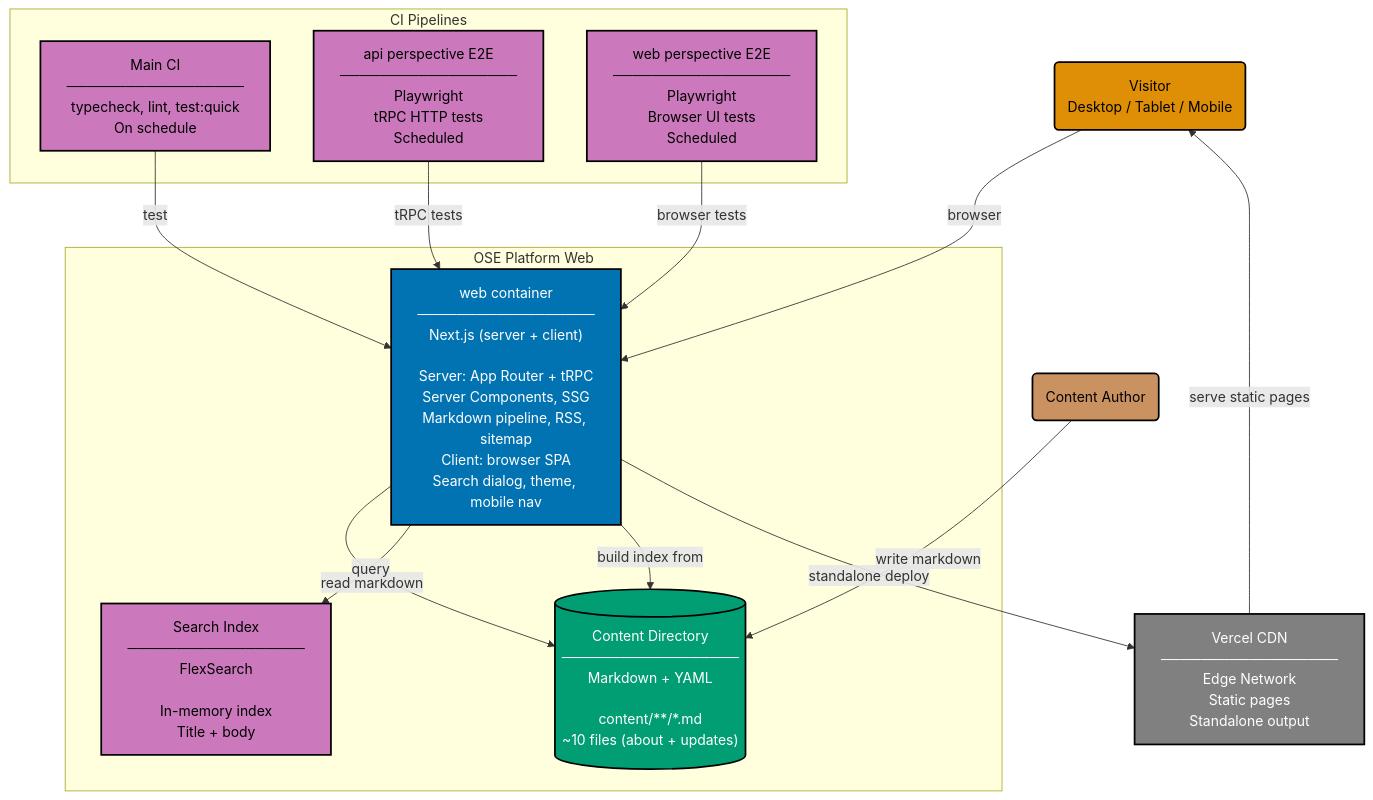
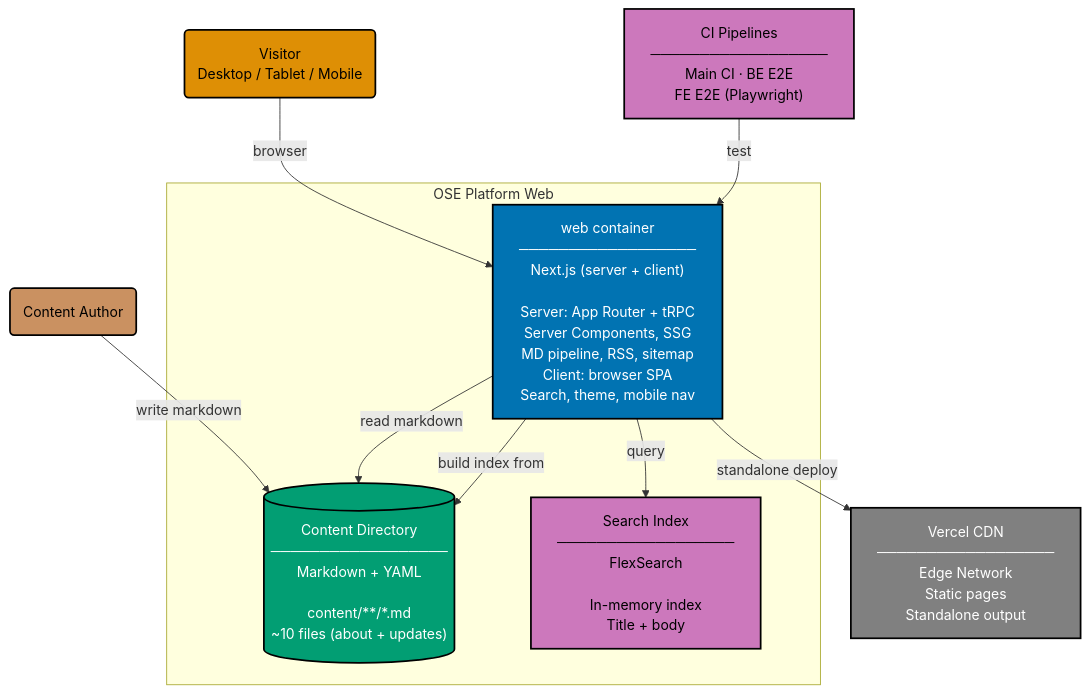
The diagram in specs/apps/ose-platform/containers/container.md (wahidyankf/open-sharia-enterprise), drawn with Mermaid before and after one commit. The commit also changed 5 other files, not shown here.

First line of the commit message:
fix(diagrams): fix pre-existing Mermaid violations exposed by rename

````diff
--- a/specs/apps/ose-platform/containers/container.md
+++ b/specs/apps/ose-platform/containers/container.md
@@ -34,46 +34,37 @@
 ```mermaid
 %% Color Palette: Blue #0173B2 | Orange #DE8F05 | Teal #029E73 | Purple #CC78BC | Brown #CA9161 | Gray #808080
 graph TD
     VISITOR("Visitor<br/>Desktop / Tablet / Mobile"):::actor
     AUTHOR("Content Author"):::actor_author
 
     subgraph SYSTEM["OSE Platform Web"]
-        WEB["web container<br/>──────────────────<br/>Next.js (server + client)<br/><br/>Server: App Router + tRPC<br/>Server Components, SSG<br/>Markdown pipeline, RSS, sitemap<br/>Client: browser SPA<br/>Search dialog, theme, mobile nav"]:::container
+        WEB["web container<br/>──────────────────<br/>Next.js (server + client)<br/><br/>Server: App Router + tRPC<br/>Server Components, SSG<br/>MD pipeline, RSS, sitemap<br/>Client: browser SPA<br/>Search, theme, mobile nav"]:::container
 
         CONTENT[("Content Directory<br/>──────────────────<br/>Markdown + YAML<br/><br/>content/**/*.md<br/>~10 files (about + updates)")]:::datastore
 
         SEARCH["Search Index<br/>──────────────────<br/>FlexSearch<br/><br/>In-memory index<br/>Title + body"]:::search
     end
 
-    subgraph CICD["CI Pipelines"]
-        MAIN_CI["Main CI<br/>──────────────────<br/>typecheck, lint, test:quick<br/>On schedule"]:::ci
-
-        BE_E2E["api perspective E2E<br/>──────────────────<br/>Playwright<br/>tRPC HTTP tests<br/>Scheduled"]:::ci
-
-        FE_E2E["web perspective E2E<br/>──────────────────<br/>Playwright<br/>Browser UI tests<br/>Scheduled"]:::ci
-    end
+    CICD["CI Pipelines<br/>──────────────────<br/>Main CI · BE E2E<br/>FE E2E (Playwright)"]:::ci
 
     VERCEL["Vercel CDN<br/>──────────────────<br/>Edge Network<br/>Static pages<br/>Standalone output"]:::infra
 
-    VISITOR -->|"browser"| WEB
-    AUTHOR -->|"write markdown"| CONTENT
+    VISITOR -- browser --> WEB
+    AUTHOR -- write markdown --> CONTENT
 
-    WEB -->|"read markdown"| CONTENT
-    WEB -->|"query"| SEARCH
-    WEB -->|"build index from"| CONTENT
+    WEB -- read markdown --> CONTENT
+    WEB -- query --> SEARCH
+    WEB -- build index from --> CONTENT
 
-    WEB -->|"standalone deploy"| VERCEL
-    VERCEL -->|"serve static pages"| VISITOR
+    WEB -- standalone deploy --> VERCEL
 
-    MAIN_CI -->|"test"| WEB
-    BE_E2E -->|"tRPC tests"| WEB
-    FE_E2E -->|"browser tests"| WEB
+    CICD -- test --> WEB
 
     classDef actor fill:#DE8F05,stroke:#000000,color:#000000,stroke-width:2px
     classDef actor_author fill:#CA9161,stroke:#000000,color:#000000,stroke-width:2px
     classDef container fill:#0173B2,stroke:#000000,color:#FFFFFF,stroke-width:2px
     classDef datastore fill:#029E73,stroke:#000000,color:#FFFFFF,stroke-width:2px
     classDef search fill:#CC78BC,stroke:#000000,color:#000000,stroke-width:2px
     classDef infra fill:#808080,stroke:#000000,color:#FFFFFF,stroke-width:2px
     classDef ci fill:#CC78BC,stroke:#000000,color:#000000,stroke-width:2px
 ```
````
